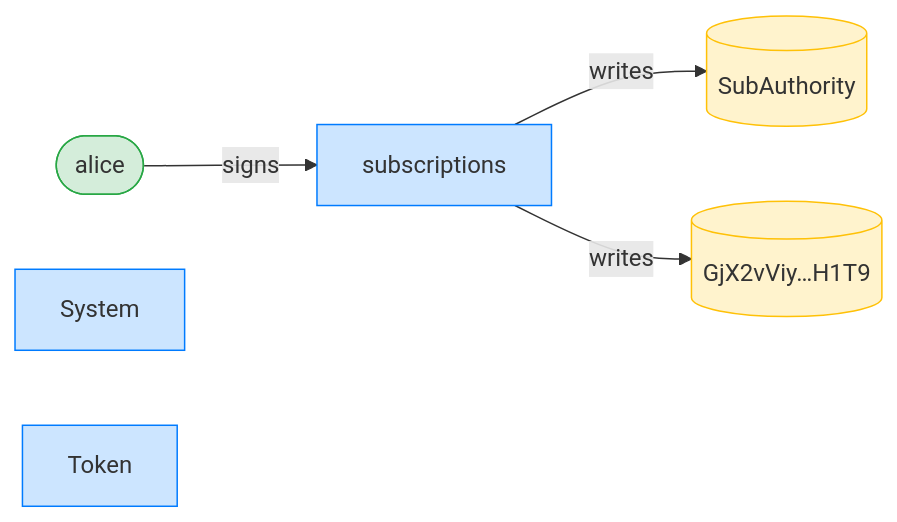
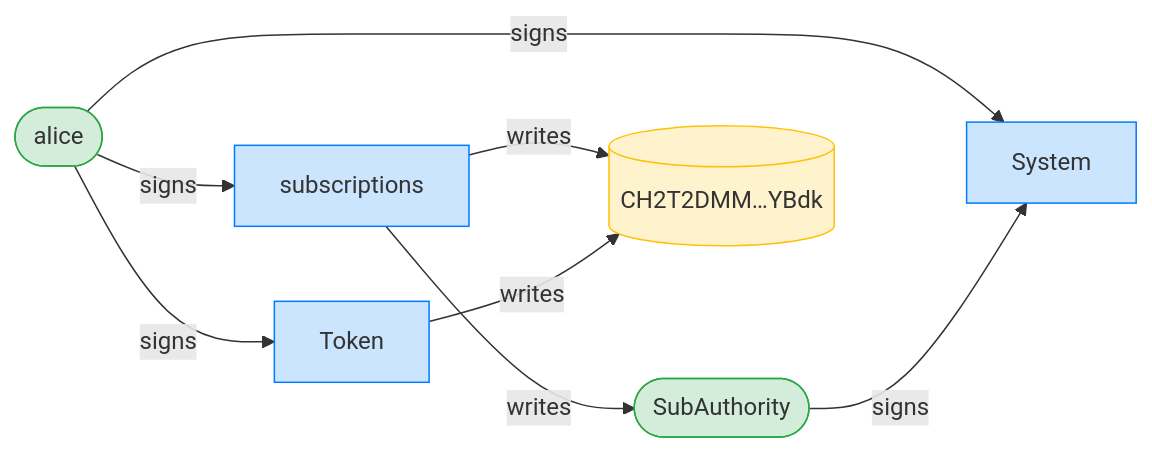
Before and after one commit to cds-rs/subscriptions: the third of 8 diagrams in dsl_tests/signer-accounts-must-sign--transferrecurring-.md, drawn with Mermaid. The commit also changed other lines of this file and 224 other files, not shown here.

````diff
--- a/dsl_tests/signer-accounts-must-sign--transferrecurring-.md
+++ b/dsl_tests/signer-accounts-must-sign--transferrecurring-.md
@@ -55,15 +56,19 @@
 ```mermaid
 flowchart LR
     classDef signer fill:#d4edda,stroke:#28a745;
     classDef program fill:#cce5ff,stroke:#007bff;
     classDef writable fill:#fff3cd,stroke:#ffc107;
     subscriptions[subscriptions]:::program
     alice([alice]):::signer
-    SubAuthority[(SubAuthority)]:::writable
-    GjX2vViy_H1T9[("GjX2vViy…H1T9")]:::writable
+    SubAuthority([SubAuthority]):::signer
+    CH2T2DMM_YBdk[("CH2T2DMM…YBdk")]:::writable
     System[System]:::program
     Token[Token]:::program
     alice -->|signs| subscriptions
+    alice -->|signs| System
+    SubAuthority -->|signs| System
+    alice -->|signs| Token
     subscriptions -->|writes| SubAuthority
-    subscriptions -->|writes| GjX2vViy_H1T9
+    subscriptions -->|writes| CH2T2DMM_YBdk
+    Token -->|writes| CH2T2DMM_YBdk
 ```
````
